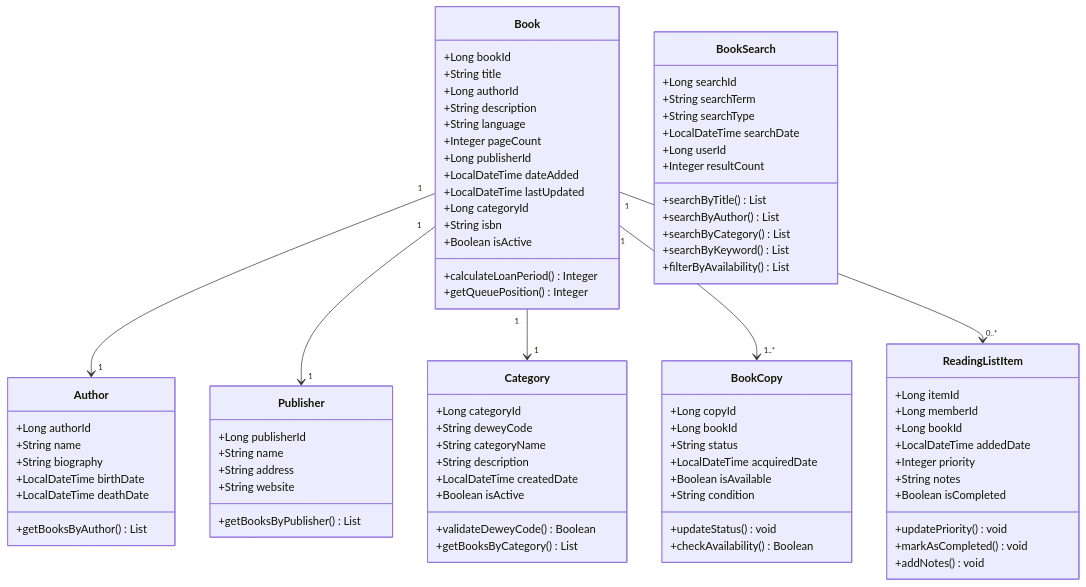
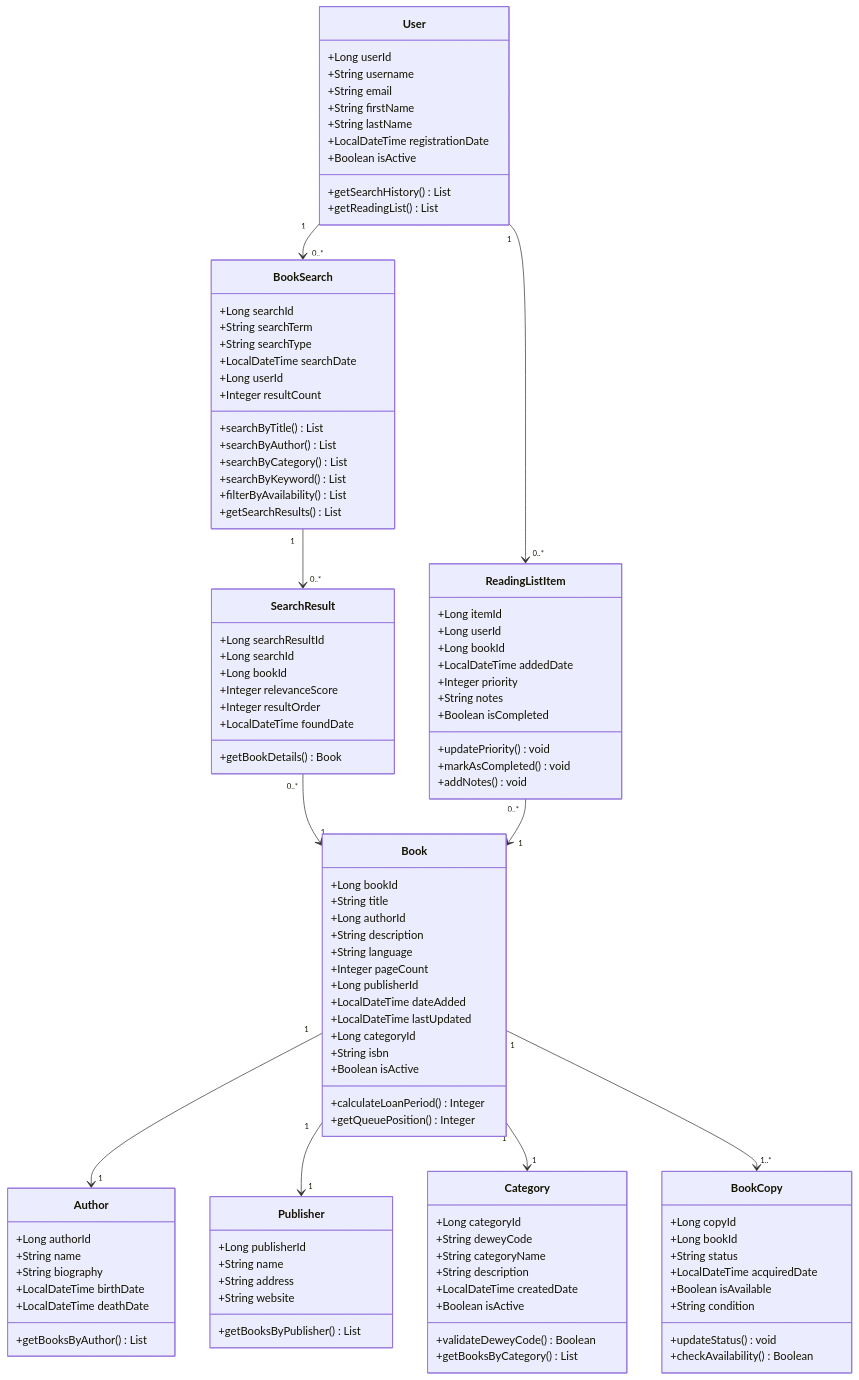
One commit to cagricakmaktepe/davon-library-system changed the diagram in uml-diagrams/02-book-inventory-class-diagram.mmd. Above: the diagram before and after it, drawn with Mermaid.

Commit message:
Add User class and update relationships in UML class diagram
- Introduced User class with attributes for user management including userId, username, email, and registrationDate.
- Updated ReadingListItem to reference userId instead of memberId.
- Established relationships between User, BookSearch, and ReadingListItem classes.
- Added SearchResult class with relevant attributes and relationships to Book and BookSearch classes.

```diff
--- a/uml-diagrams/02-book-inventory-class-diagram.mmd
+++ b/uml-diagrams/02-book-inventory-class-diagram.mmd
@@ -1,89 +1,123 @@
 classDiagram
     class Book {
         +Long bookId
         +String title
         +Long authorId
         +String description
         +String language
         +Integer pageCount
         +Long publisherId
         +LocalDateTime dateAdded
         +LocalDateTime lastUpdated
         +Long categoryId
         +String isbn
         +Boolean isActive
         +calculateLoanPeriod() Integer
         +getQueuePosition() Integer
     }
     
     class Author {
         +Long authorId
         +String name
         +String biography
         +LocalDateTime birthDate
         +LocalDateTime deathDate
         +getBooksByAuthor() List
     }
     
     class Publisher {
         +Long publisherId
         +String name
         +String address
         +String website
         +getBooksByPublisher() List
     }
     
     class Category {
         +Long categoryId
         +String deweyCode
         +String categoryName
         +String description
         +LocalDateTime createdDate
         +Boolean isActive
         +validateDeweyCode() Boolean
         +getBooksByCategory() List
     }
     
     class BookCopy {
         +Long copyId
         +Long bookId
         +String status
         +LocalDateTime acquiredDate
         +Boolean isAvailable
         +String condition
         +updateStatus() void
         +checkAvailability() Boolean
     }
     
+    class User {
+        +Long userId
+        +String username
+        +String email
+        +String firstName
+        +String lastName
+        +LocalDateTime registrationDate
+        +Boolean isActive
+        +getSearchHistory() List
+        +getReadingList() List
+    }
+    
     class BookSearch {
         +Long searchId
         +String searchTerm
         +String searchType
         +LocalDateTime searchDate
         +Long userId
         +Integer resultCount
         +searchByTitle() List
         +searchByAuthor() List
         +searchByCategory() List
         +searchByKeyword() List
         +filterByAvailability() List
+        +getSearchResults() List
+    }
+    
+    class SearchResult {
+        +Long searchResultId
+        +Long searchId
+        +Long bookId
+        +Integer relevanceScore
+        +Integer resultOrder
+        +LocalDateTime foundDate
+        +getBookDetails() Book
     }
     
     class ReadingListItem {
         +Long itemId
-        +Long memberId
+        +Long userId
         +Long bookId
         +LocalDateTime addedDate
         +Integer priority
         +String notes
         +Boolean isCompleted
         +updatePriority() void
         +markAsCompleted() void
         +addNotes() void
     }
     
+    %% Ana kitap ilişkileri
     Book "1" --> "1" Author
     Book "1" --> "1" Publisher
     Book "1" --> "1" Category
     Book "1" --> "1..*" BookCopy
-    Book "1" --> "0..*" ReadingListItem
+    
+    %% Kullanıcı ilişkileri
+    User "1" --> "0..*" BookSearch
+    User "1" --> "0..*" ReadingListItem
+    
+    %% Arama sonuçları ilişkileri
+    BookSearch "1" --> "0..*" SearchResult
+    SearchResult "0..*" --> "1" Book
+    
+    %% Okuma listesi ilişkisi
+    ReadingListItem "0..*" --> "1" Book
```
